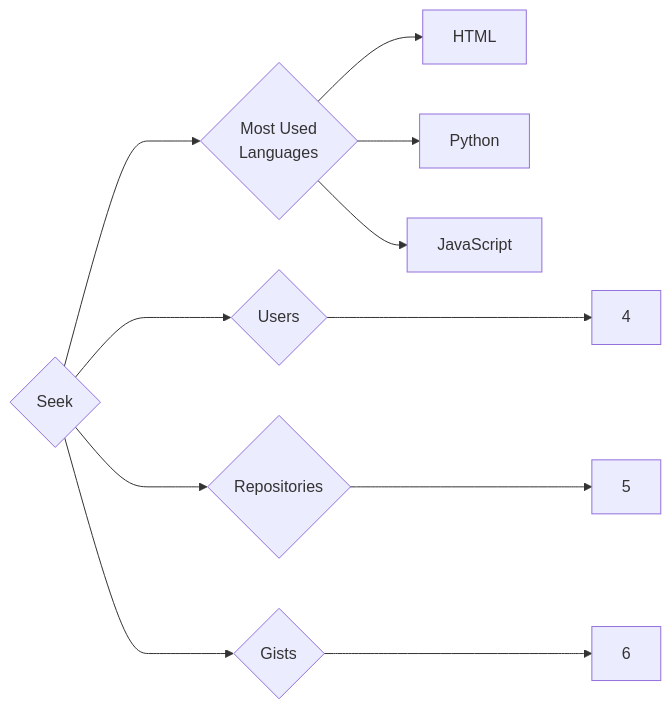
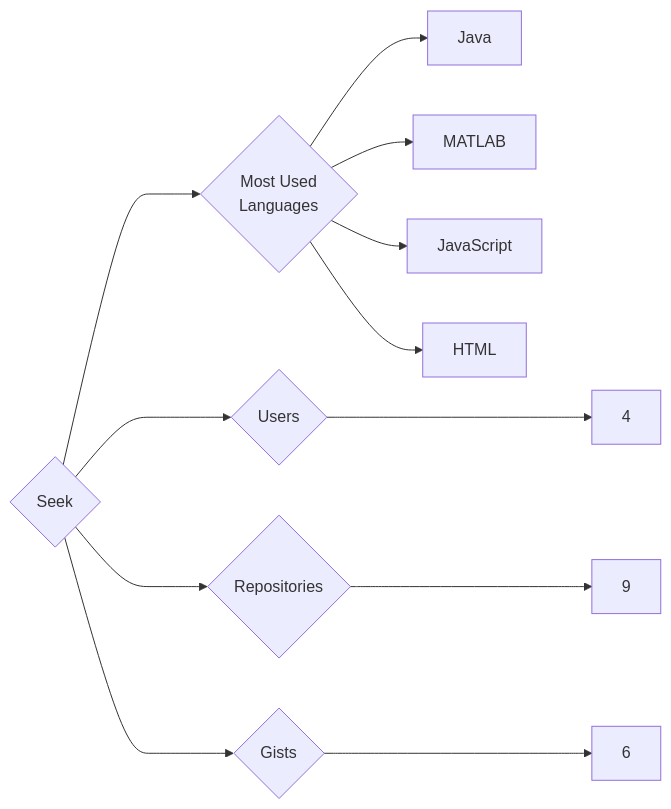
The diagram in targets/Seek/README.md (trickest/insiders), drawn with Mermaid before and after one commit. The commit also changed 833 other files, not shown here.

````diff
--- a/targets/Seek/README.md
+++ b/targets/Seek/README.md
@@ -3,11 +3,12 @@
 ```mermaid
 graph LR
 COMPANY_NAME{Seek}
 COMPANY_NAME ---> U{Users} ---> UN[4]
-COMPANY_NAME ---> R{Repositories} ---> RN[5]
+COMPANY_NAME ---> R{Repositories} ---> RN[9]
 COMPANY_NAME ---> G{Gists} ---> GN[6]
 COMPANY_NAME ---> ML{Most Used<br>Languages}
+ML --> Java[Java]
+ML --> MATLAB[MATLAB]
+ML --> JavaScript[JavaScript]
 ML --> HTML[HTML]
-ML --> Python[Python]
-ML --> JavaScript[JavaScript]
 ```
````
